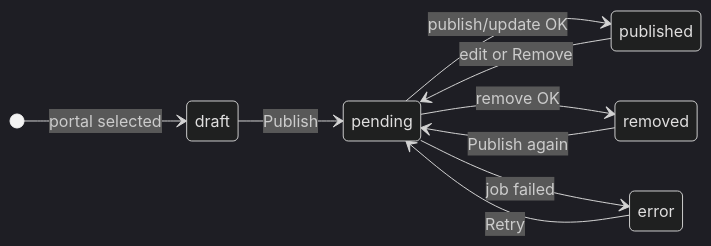
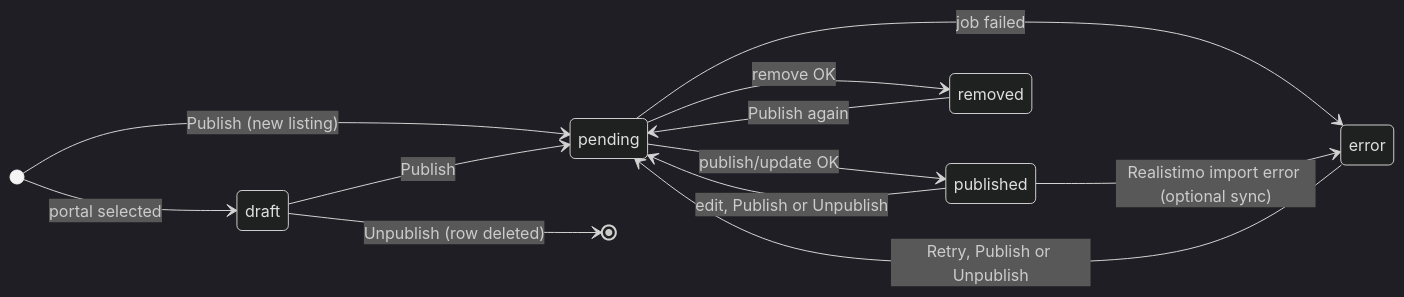
One commit to DiyanskiTY/imotsync changed the fifth of 6 diagrams in docs/architecture.md. Above: the diagram before and after it, drawn with Mermaid (dark theme). The commit also changed other lines of this file and 127 other files, not shown here.

````diff
--- a/docs/architecture.md
+++ b/docs/architecture.md
@@ -158,12 +261,15 @@
 ```mermaid
 stateDiagram-v2
     direction LR
     [*] --> draft : portal selected
+    [*] --> pending : Publish (new listing)
     draft --> pending : Publish
+    draft --> [*] : Unpublish (row deleted)
     pending --> published : publish/update OK
     pending --> removed : remove OK
     pending --> error : job failed
-    published --> pending : edit or Remove
-    error --> pending : Retry
+    published --> pending : edit, Publish or Unpublish
+    published --> error : Realistimo import error (optional sync)
+    error --> pending : Retry, Publish or Unpublish
     removed --> pending : Publish again
 ```
````
